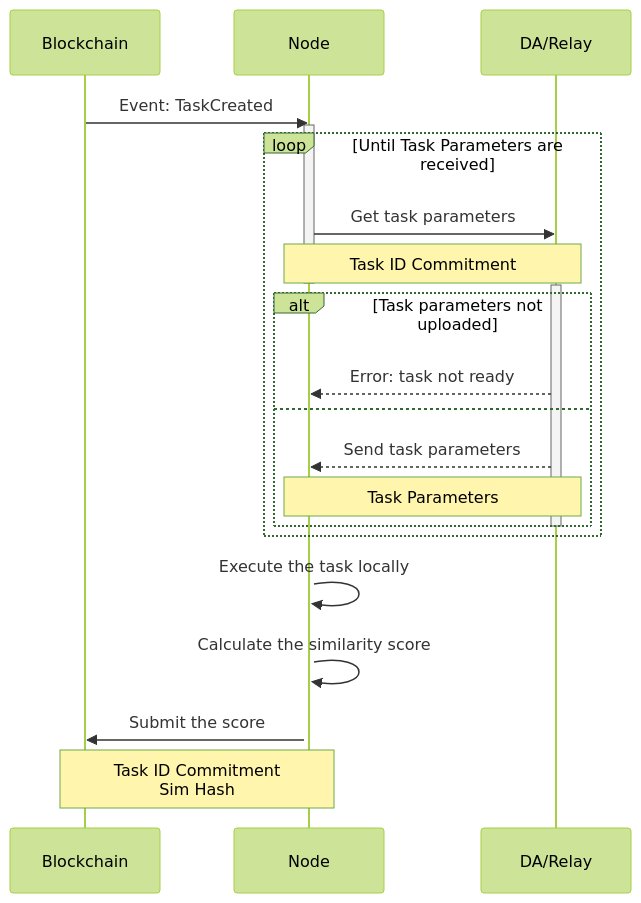
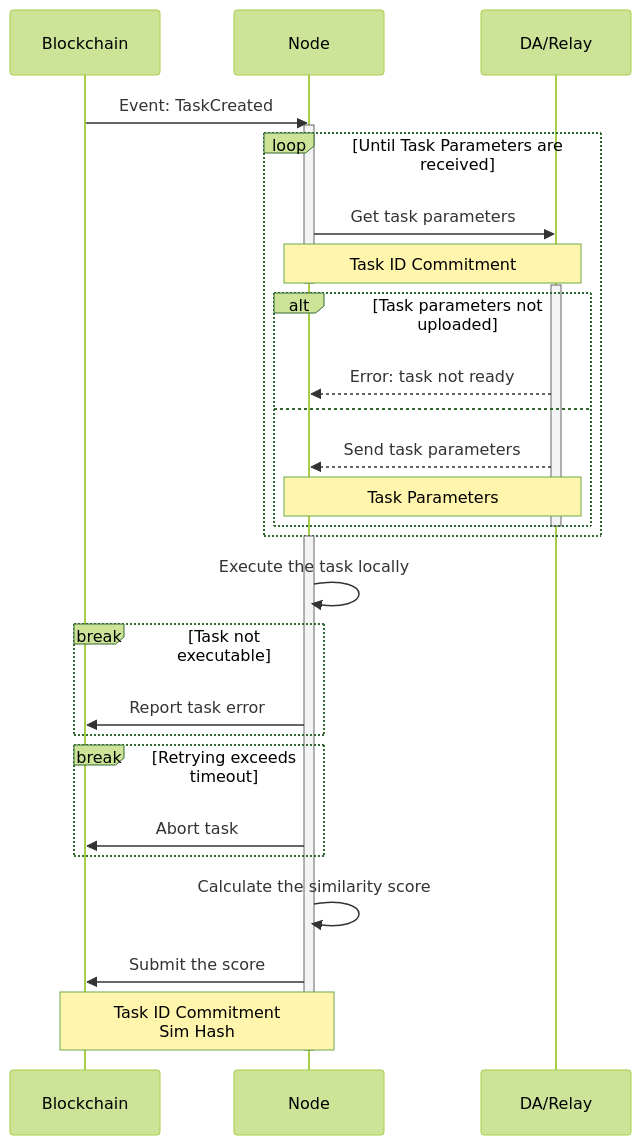
One commit to crynux-ai/documentation changed the second of 2 diagrams in gitbook/system-design/task-lifecycle.md. Above: the diagram before and after it, drawn with Mermaid (forest theme). The commit also changed other lines of this file, not shown here.

````diff
--- a/gitbook/system-design/task-lifecycle.md
+++ b/gitbook/system-design/task-lifecycle.md
@@ -77,30 +80,39 @@
 ```mermaid
 sequenceDiagram
     Participant B as Blockchain
     Participant N as Node
     Participant R as DA/Relay
 
     B ->> N: Event: TaskCreated
     activate N
     loop Until Task Parameters are received
         N ->> R: Get task parameters
         Note over N,R: Task ID Commitment
         deactivate N
         activate R
         alt Task parameters not uploaded
             R -->> N: Error: task not ready
         else
             R -->> N: Send task parameters
             Note over N,R: Task Parameters
         end
         deactivate R
     end
     activate N
     N ->> N: Execute the task locally
+    
+    break Task not executable
+        N ->> B: Report task error
+    end
+
+    break Retrying exceeds timeout
+        N ->> B: Abort task
+    end
+    
     N ->> N: Calculate the similarity score
-
     N ->> B: Submit the score
     Note over N,B: Task ID Commitment<br/>Sim Hash
 
+    deactivate N
 
 ```
````
